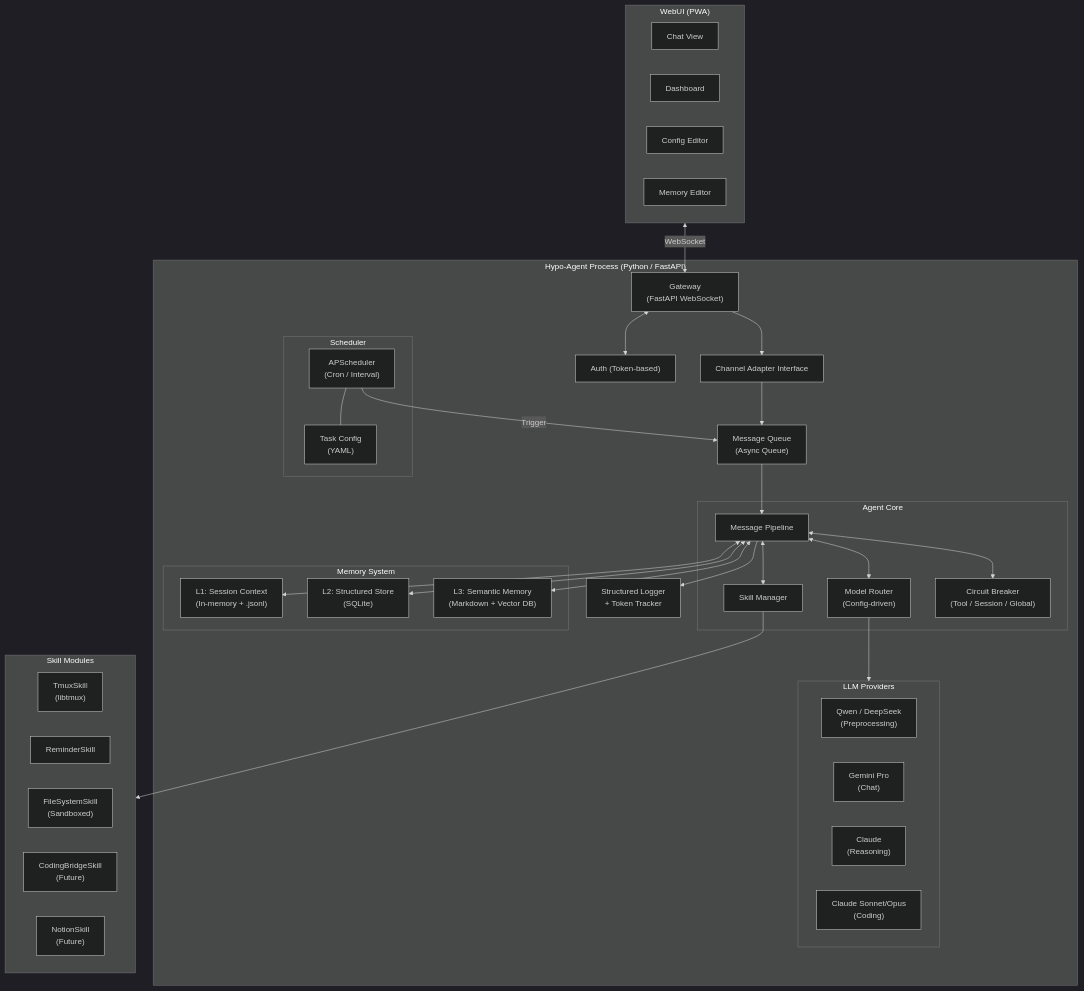
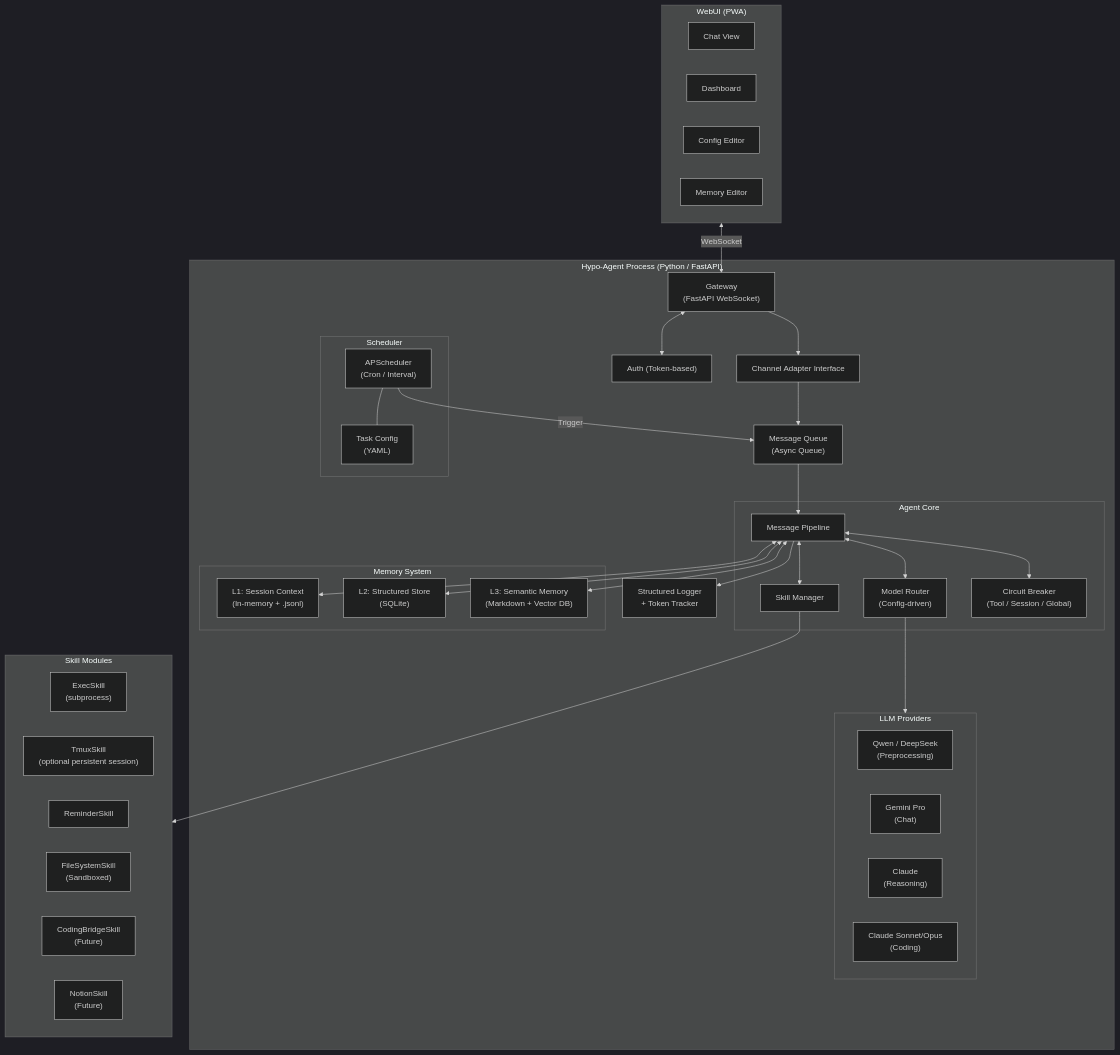
The first of 6 diagrams in docs/architecture.md (HypoxanthineOvO/Hypoxanthine-Agent), drawn with Mermaid (dark theme) before and after one commit. The commit also changed other lines of this file and 28 other files, not shown here.

````diff
--- a/docs/architecture.md
+++ b/docs/architecture.md
@@ -13,72 +13,73 @@
 ```mermaid
 graph TD
     subgraph WebUI["WebUI (PWA)"]
         Chat["Chat View"]
         Dash["Dashboard"]
         CfgUI["Config Editor"]
         MemUI["Memory Editor"]
     end
 
     subgraph HypoAgent["Hypo-Agent Process (Python / FastAPI)"]
         GW["Gateway<br>(FastAPI WebSocket)"]
         Adapter["Channel Adapter Interface"]
         Auth["Auth (Token-based)"]
         MsgQueue["Message Queue<br>(Async Queue)"]
 
         subgraph Core["Agent Core"]
             Pipeline["Message Pipeline"]
             Router["Model Router<br>(Config-driven)"]
             SkillMgr["Skill Manager"]
             CB["Circuit Breaker<br>(Tool / Session / Global)"]
         end
 
         subgraph Models["LLM Providers"]
             Cheap["Qwen / DeepSeek<br>(Preprocessing)"]
             Mid["Gemini Pro<br>(Chat)"]
             Strong["Claude<br>(Reasoning)"]
             Code["Claude Sonnet/Opus<br>(Coding)"]
         end
 
         subgraph Memory["Memory System"]
             L1["L1: Session Context<br>(In-memory + .jsonl)"]
             L2["L2: Structured Store<br>(SQLite)"]
             L3["L3: Semantic Memory<br>(Markdown + Vector DB)"]
         end
 
         subgraph Scheduler["Scheduler"]
             Cron["APScheduler<br>(Cron / Interval)"]
             TaskList["Task Config<br>(YAML)"]
         end
 
         Logger["Structured Logger<br>+ Token Tracker"]
     end
 
     subgraph Skills["Skill Modules"]
-        TmuxSkill["TmuxSkill<br>(libtmux)"]
+        ExecSkill["ExecSkill<br>(subprocess)"]
+        TmuxSkill["TmuxSkill<br>(optional persistent session)"]
         ReminderSkill["ReminderSkill"]
         FSSkill["FileSystemSkill<br>(Sandboxed)"]
         CodingBridge["CodingBridgeSkill<br>(Future)"]
         NotionSkill["NotionSkill<br>(Future)"]
     end
 
     WebUI <-->|WebSocket| GW
     GW <--> Auth
     GW --> Adapter
     Adapter --> MsgQueue
     MsgQueue --> Pipeline
 
     Pipeline <--> Router
     Router --> Models
     Pipeline <--> SkillMgr
     Pipeline <--> CB
 
     Pipeline <--> L1
     Pipeline <--> L2
     Pipeline <--> L3
 
     Cron -->|Trigger| MsgQueue
     Cron --- TaskList
 
     SkillMgr --> Skills
     Pipeline --> Logger
 ```
````
